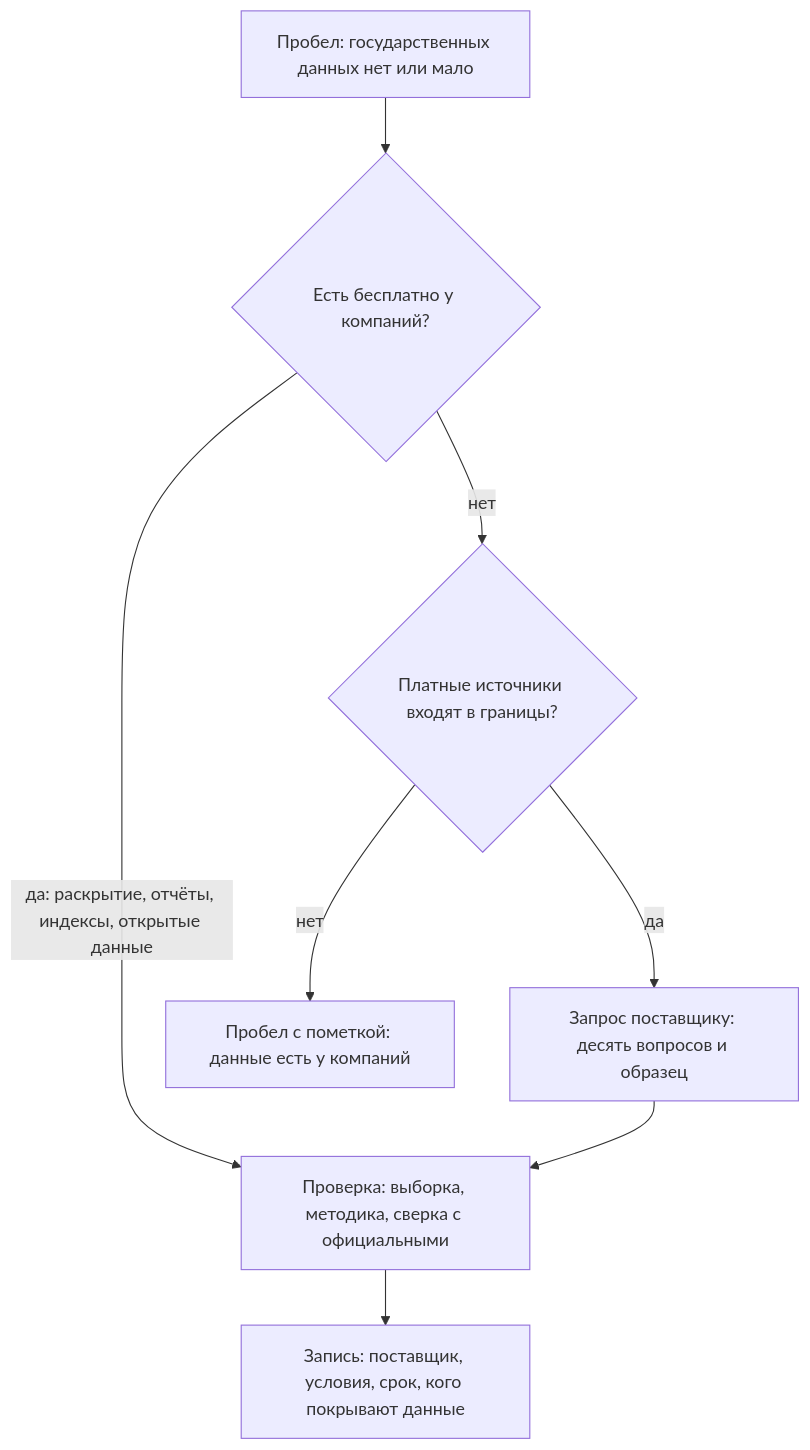
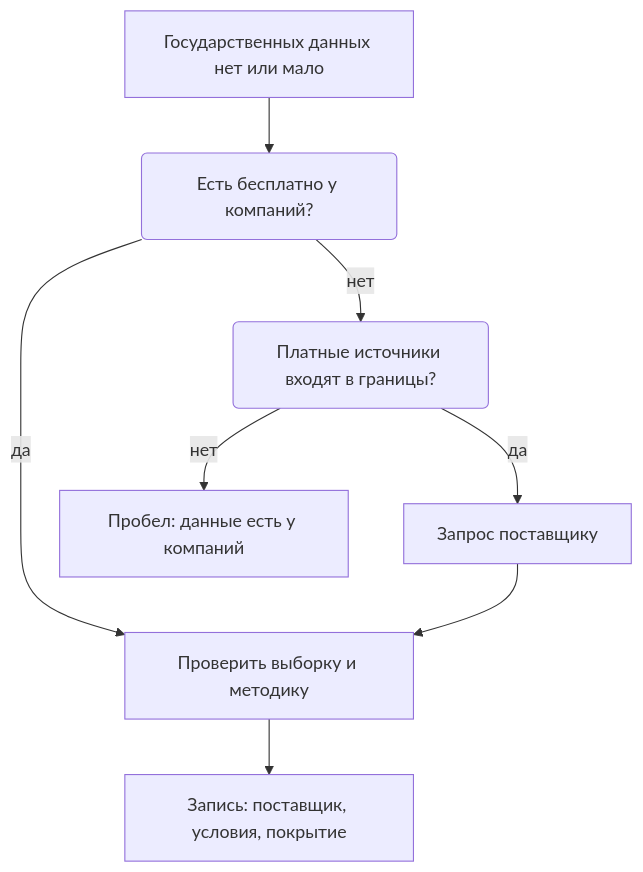
Before and after one commit to ivbeg/data-inventory: the diagram in docs/04-sources/04-commercial.md, drawn with Mermaid. The commit also changed other lines of this file and 54 other files, not shown here.

````diff
--- a/docs/04-sources/04-commercial.md
+++ b/docs/04-sources/04-commercial.md
@@ -20,10 +133,10 @@
 ```mermaid
 flowchart TB
-  G["Пробел: государственных данных нет или мало"] --> F{"Есть бесплатно у компаний?"}
-  F -- "да: раскрытие, отчёты, индексы, открытые данные" --> Q["Проверка: выборка, методика, сверка с официальными"]
-  F -- "нет" --> B{"Платные источники входят в границы?"}
-  B -- "нет" --> N["Пробел с пометкой: данные есть у компаний"]
-  B -- "да" --> S["Запрос поставщику: десять вопросов и образец"]
+  G["Государственных данных нет или мало"] --> F("Есть бесплатно у компаний?")
+  F -- "да" --> Q["Проверить выборку и методику"]
+  F -- "нет" --> B("Платные источники входят в границы?")
+  B -- "нет" --> N["Пробел: данные есть у компаний"]
+  B -- "да" --> S["Запрос поставщику"]
   S --> Q
-  Q --> R["Запись: поставщик, условия, срок, кого покрывают данные"]
+  Q --> R["Запись: поставщик, условия, покрытие"]
 ```
````
